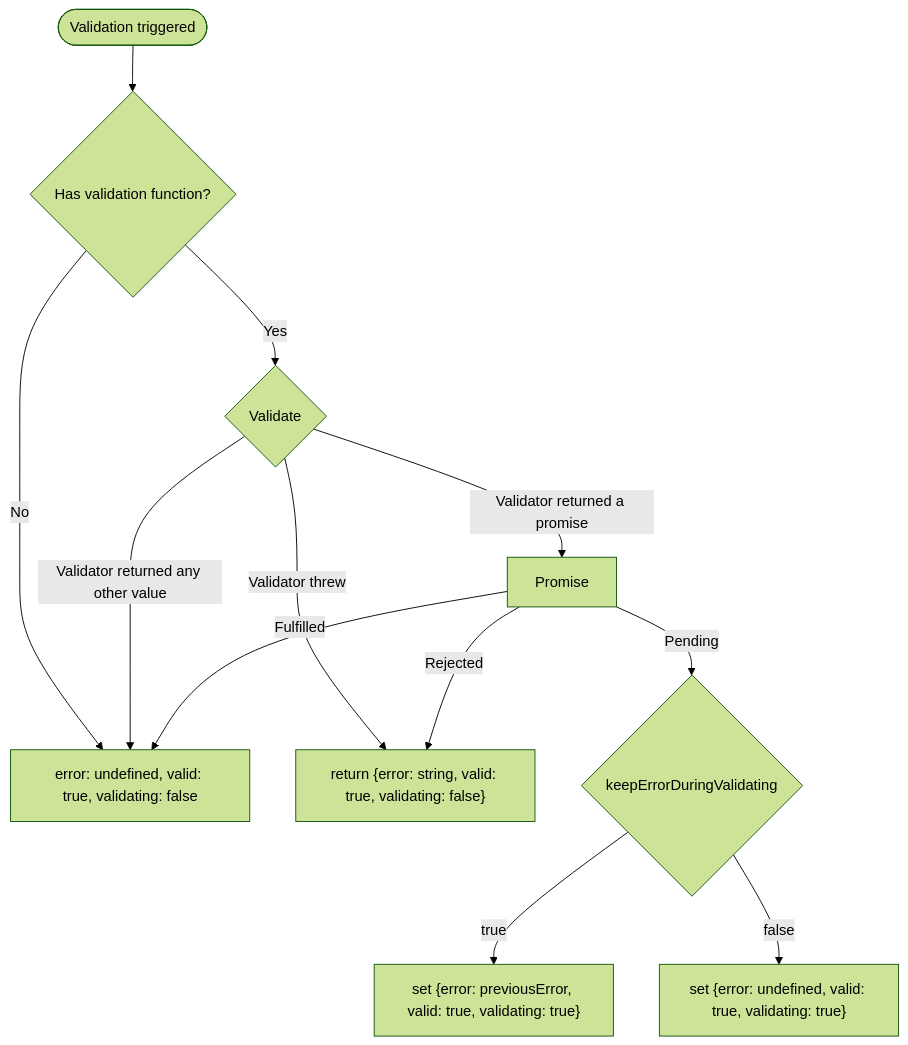
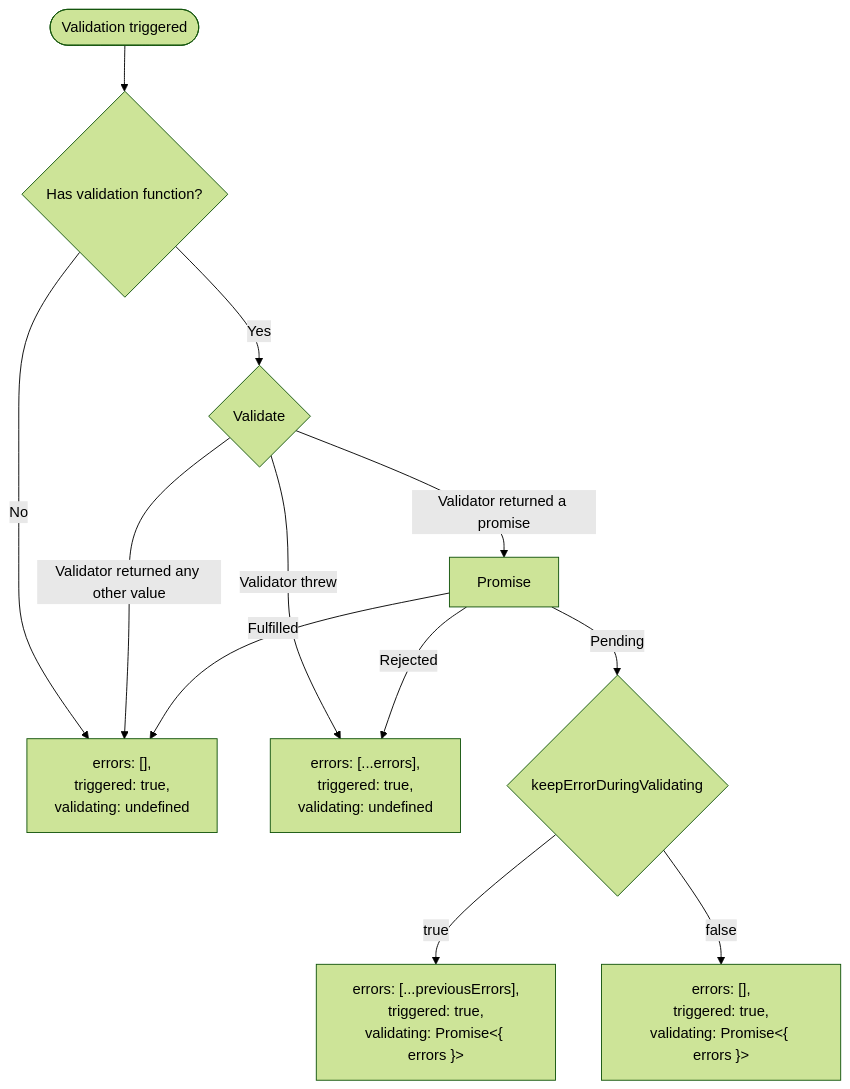
The diagram in docs/src/content/docs/handbook/forms.md (reatom/reatom), drawn with Mermaid (forest theme) before and after one commit. The commit also changed other lines of this file and 2 other files, not shown here.

Commit message:
fix(docs): forms and routing

````diff
--- a/docs/src/content/docs/handbook/forms.md
+++ b/docs/src/content/docs/handbook/forms.md
@@ -596,15 +596,15 @@
 ```mermaid
 flowchart TB
     trigger([Validation triggered])
     trigger --> hasfunction{Has validation function?}
     hasfunction --> |Yes| validate{Validate}
-    hasfunction --> |No| valid[error: undefined, valid: true, validating: false]
-    validate --> |Validator threw| invalid["return {error: string, valid: true, validating: false}"]
+    hasfunction --> |No| valid["errors: [],<br>triggered: true,<br>validating: undefined"]
+    validate --> |Validator threw| invalid["errors: [...errors],<br>triggered: true,<br>validating: undefined"]
     validate --> |Validator returned a promise| promise[Promise]
     validate --> |Validator returned any other value| valid
     promise --> |Pending| keepErrorDuringValidating{keepErrorDuringValidating}
-    keepErrorDuringValidating --> |true| keepErrorDuringValidatingTrue["set {error: previousError, valid: true, validating: true}"]
-    keepErrorDuringValidating --> |false| keepErrorDuringValidatingFalse["set {error: undefined, valid: true, validating: true}"]
+    keepErrorDuringValidating --> |true| keepErrorDuringValidatingTrue["errors: [...previousErrors],<br>triggered: true,<br>validating: Promise<{ errors }>"]
+    keepErrorDuringValidating --> |false| keepErrorDuringValidatingFalse["errors: [],<br>triggered: true,<br>validating: Promise<{ errors }>"]
     promise --> |Fulfilled| valid
     promise --> |Rejected| invalid
 ```
````
